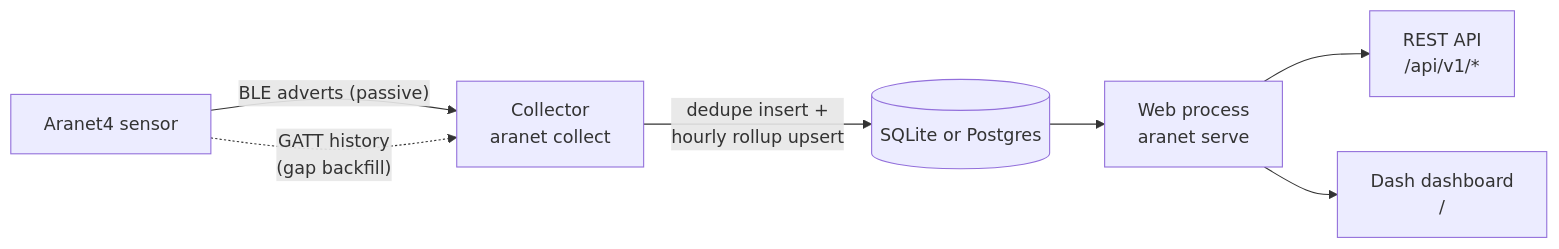
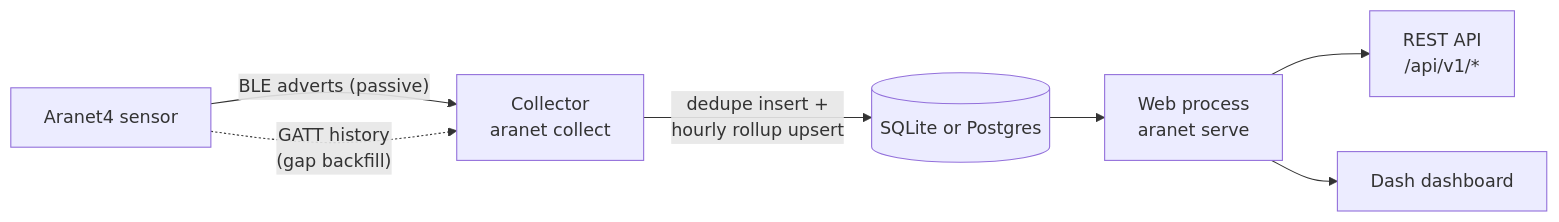
Before and after one commit to ronaldBuddys/home-sensors: the diagram in README.md, drawn with Mermaid. The commit also changed other lines of this file and 5 other files, not shown here.

````diff
--- a/README.md
+++ b/README.md
@@ -112,9 +112,9 @@
 ```mermaid
 flowchart LR
     S["Aranet4 sensor"] -- "BLE adverts (passive)" --> C["Collector<br/>aranet collect"]
     S -. "GATT history<br/>(gap backfill)" .-> C
     C -- "dedupe insert +<br/>hourly rollup upsert" --> DB[("SQLite or Postgres")]
     DB --> W["Web process<br/>aranet serve"]
     W --> API["REST API<br/>/api/v1/*"]
-    W --> UI["Dash dashboard<br/>/"]
+    W --> UI["Dash dashboard"]
 ```
````
